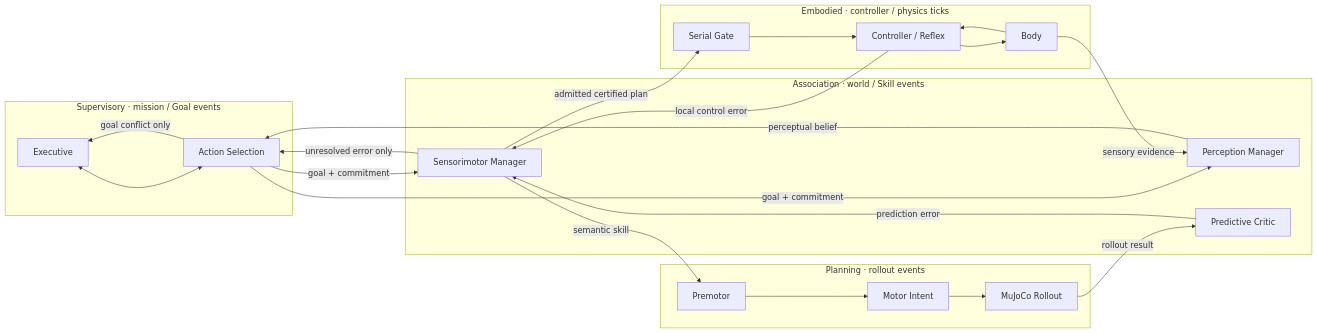
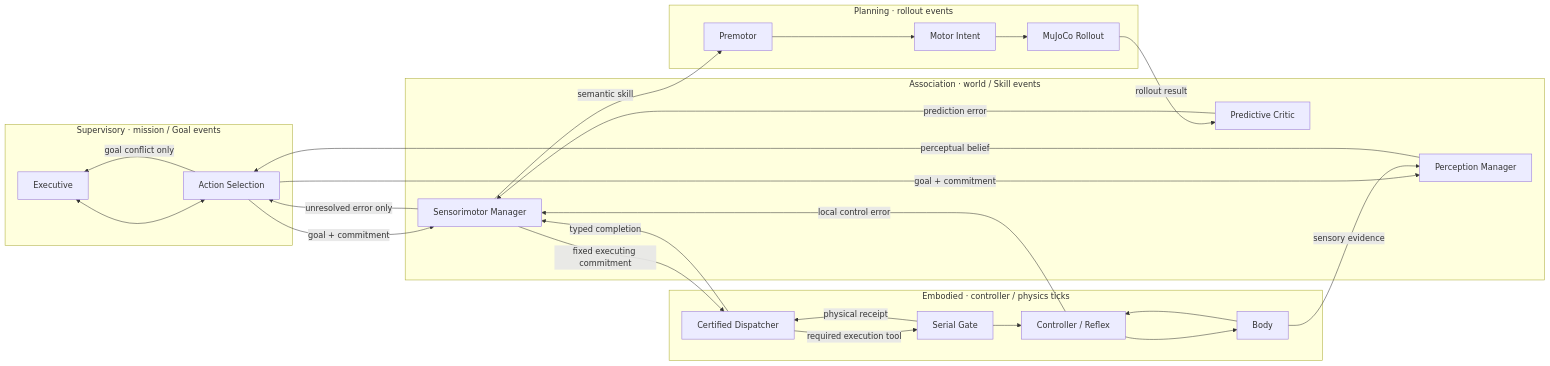
The third of 7 diagrams in docs/architecture/neural-hierarchy-v3.md (multi-zhangyang/hear-3d-robot), drawn with Mermaid before and after one commit. The commit also changed other lines of this file and 19 other files, not shown here.

Commit message:
feat: add certified neural execution dispatcher

````diff
--- a/docs/architecture/neural-hierarchy-v3.md
+++ b/docs/architecture/neural-hierarchy-v3.md
@@ -281,33 +287,37 @@
 ```mermaid
 flowchart LR
     subgraph Slow["Supervisory · mission / Goal events"]
       E2["Executive"] <--> A2["Action Selection"]
     end
 
     subgraph Cognitive["Association · world / Skill events"]
       P2["Perception Manager"]
       SM2["Sensorimotor Manager"]
       PC2["Predictive Critic"]
     end
 
     subgraph Skill["Planning · rollout events"]
       PM2["Premotor"] --> MI2["Motor Intent"] --> RG2["MuJoCo Rollout"]
     end
 
     subgraph Fast["Embodied · controller / physics ticks"]
+      ED2["Certified Dispatcher"]
       EX2["Serial Gate"] --> C2["Controller / Reflex"] --> B2["Body"]
       B2 --> C2
     end
 
     A2 -->|"goal + commitment"| P2
     A2 -->|"goal + commitment"| SM2
     P2 -->|"perceptual belief"| A2
     SM2 -->|"semantic skill"| PM2
     RG2 -->|"rollout result"| PC2
     PC2 -->|"prediction error"| SM2
-    SM2 -->|"admitted certified plan"| EX2
+    SM2 -->|"fixed executing commitment"| ED2
+    ED2 -->|"required execution tool"| EX2
+    EX2 -->|"physical receipt"| ED2
+    ED2 -->|"typed completion"| SM2
     B2 -->|"sensory evidence"| P2
     C2 -->|"local control error"| SM2
     SM2 -->|"unresolved error only"| A2
     A2 -->|"goal conflict only"| E2
 ```
````
